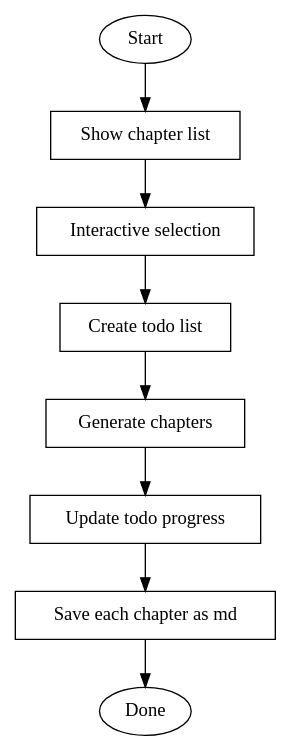
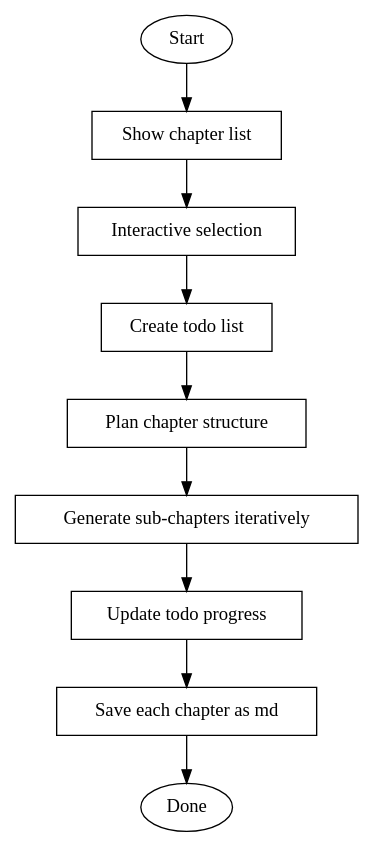
The diagram in skills/generate-manual/SKILL.md (Smurf-X/SkillHub), drawn with Graphviz before and after one commit. The commit also changed other lines of this file, not shown here.

Commit message:
update generate-manual

````diff
--- a/skills/generate-manual/SKILL.md
+++ b/skills/generate-manual/SKILL.md
@@ -146,20 +185,22 @@
 ```dot
 digraph manual_generation {
     "Start" [shape=ellipse];
     "Show chapter list" [shape=box];
     "Interactive selection" [shape=box];
     "Create todo list" [shape=box];
-    "Generate chapters" [shape=box];
+    "Plan chapter structure" [shape=box];
+    "Generate sub-chapters iteratively" [shape=box];
     "Update todo progress" [shape=box];
     "Save each chapter as md" [shape=box];
     "Done" [shape=ellipse];
 
     "Start" -> "Show chapter list";
     "Show chapter list" -> "Interactive selection";
     "Interactive selection" -> "Create todo list";
-    "Create todo list" -> "Generate chapters";
-    "Generate chapters" -> "Update todo progress";
+    "Create todo list" -> "Plan chapter structure";
+    "Plan chapter structure" -> "Generate sub-chapters iteratively";
+    "Generate sub-chapters iteratively" -> "Update todo progress";
     "Update todo progress" -> "Save each chapter as md";
     "Save each chapter as md" -> "Done";
 }
 ```
````
